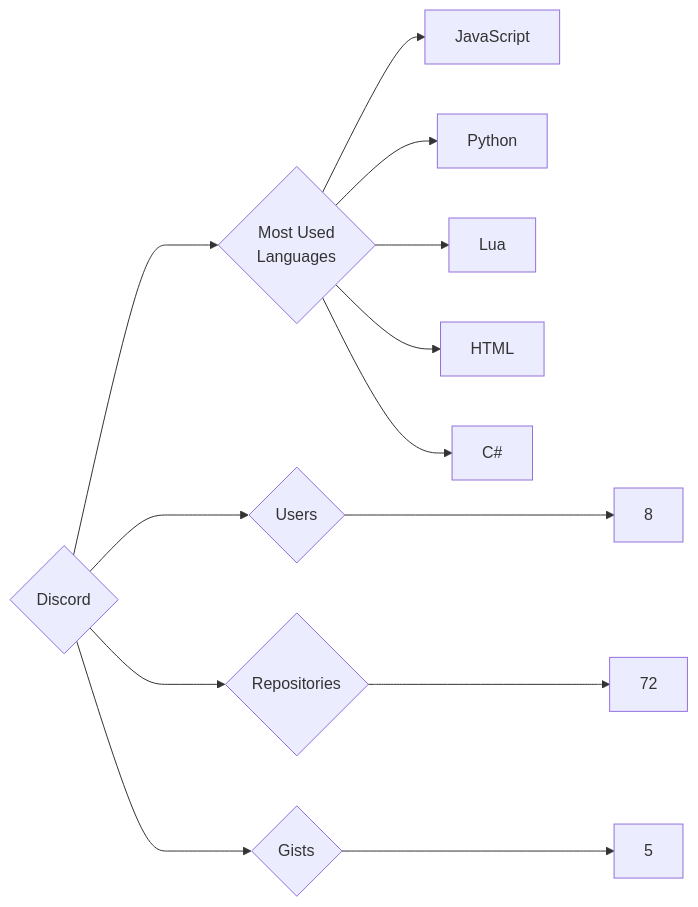
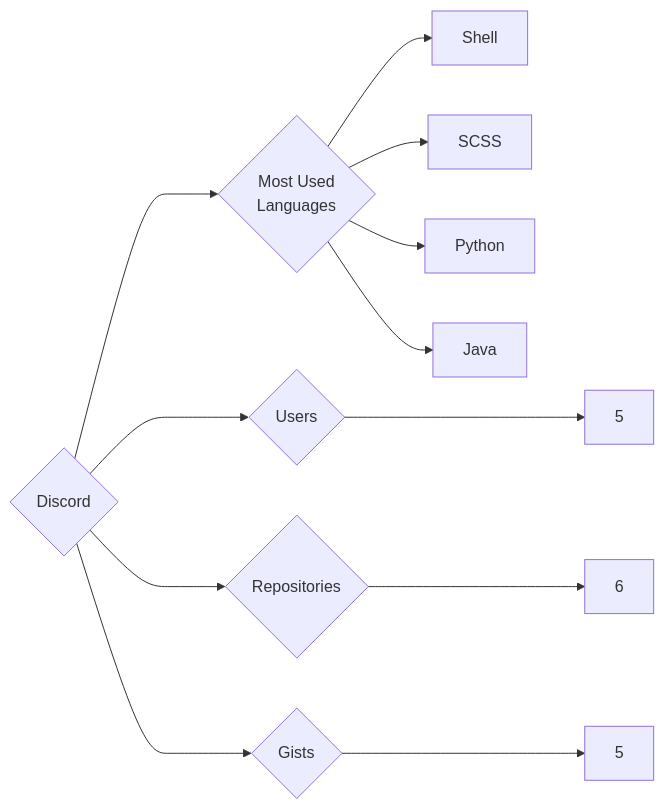
The diagram in targets/Discord/README.md (trickest/insiders), drawn with Mermaid before and after one commit. The commit also changed 1084 other files, not shown here.

````diff
--- a/targets/Discord/README.md
+++ b/targets/Discord/README.md
@@ -3,13 +3,12 @@
 ```mermaid
 graph LR
 COMPANY_NAME{Discord}
-COMPANY_NAME ---> U{Users} ---> UN[8]
-COMPANY_NAME ---> R{Repositories} ---> RN[72]
+COMPANY_NAME ---> U{Users} ---> UN[5]
+COMPANY_NAME ---> R{Repositories} ---> RN[6]
 COMPANY_NAME ---> G{Gists} ---> GN[5]
 COMPANY_NAME ---> ML{Most Used<br>Languages}
-ML --> JavaScript[JavaScript]
+ML --> Shell[Shell]
+ML --> SCSS[SCSS]
 ML --> Python[Python]
-ML --> Lua[Lua]
-ML --> HTML[HTML]
-ML --> C#[C#]
+ML --> Java[Java]
 ```
````
